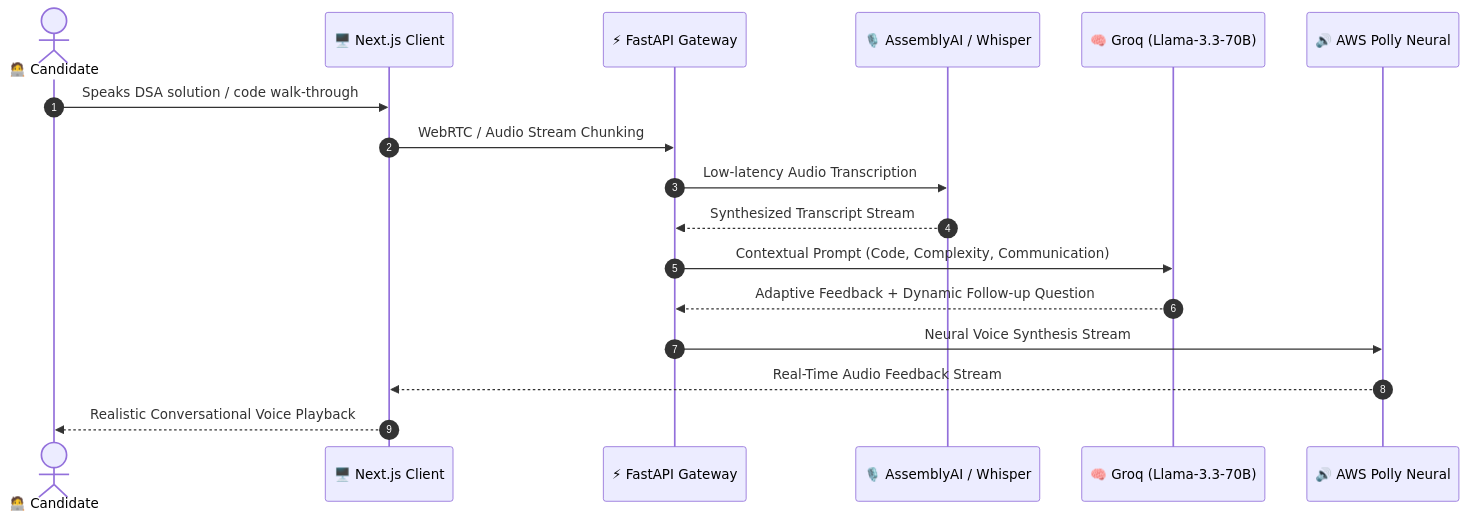
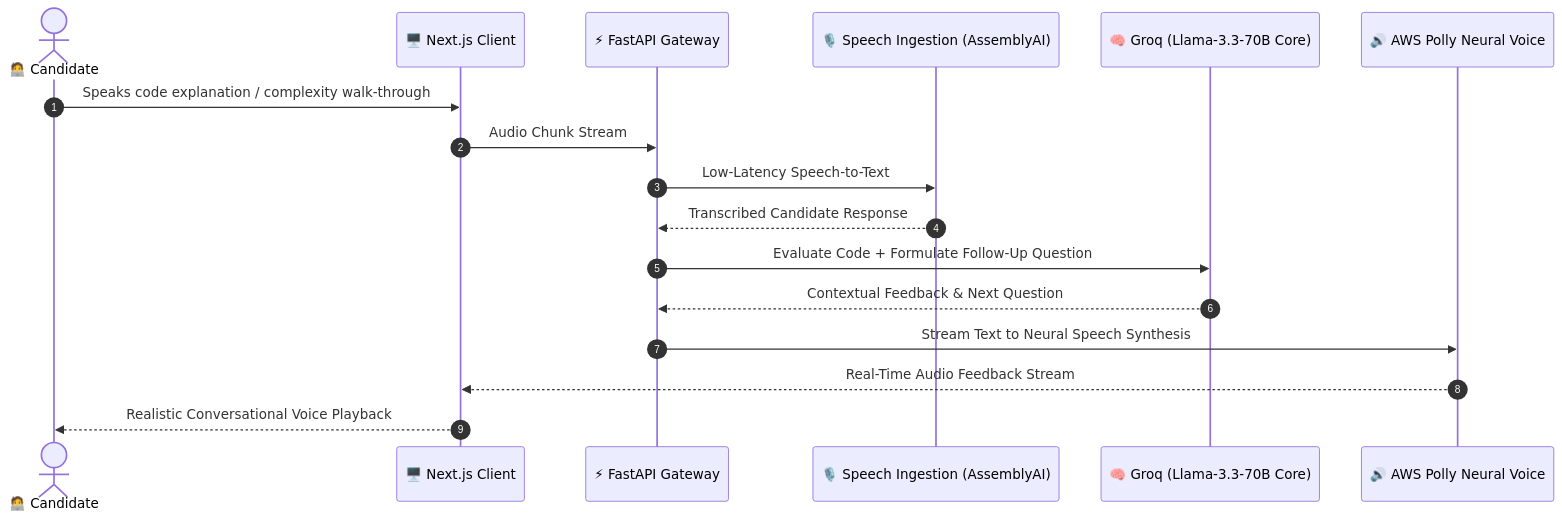
One commit to vjsujal/vjsujal changed the diagram in README.md. Above: the diagram before and after it, drawn with Mermaid. The commit also changed other lines of this file and 3 other files, not shown here.

````diff
--- a/README.md
+++ b/README.md
@@ -85,20 +87,20 @@
 ```mermaid
 sequenceDiagram
     autonumber
     actor Candidate as 🧑‍💻 Candidate
     participant UI as 🖥️ Next.js Client
     participant API as ⚡ FastAPI Gateway
-    participant STT as 🎙️ AssemblyAI / Whisper
-    participant LLM as 🧠 Groq (Llama-3.3-70B)
-    participant TTS as 🔊 AWS Polly Neural
+    participant STT as 🎙️ Speech Ingestion (AssemblyAI)
+    participant LLM as 🧠 Groq (Llama-3.3-70B Core)
+    participant TTS as 🔊 AWS Polly Neural Voice
 
-    Candidate->>UI: Speaks DSA solution / code walk-through
-    UI->>API: WebRTC / Audio Stream Chunking
-    API->>STT: Low-latency Audio Transcription
-    STT-->>API: Synthesized Transcript Stream
-    API->>LLM: Contextual Prompt (Code, Complexity, Communication)
-    LLM-->>API: Adaptive Feedback + Dynamic Follow-up Question
-    API->>TTS: Neural Voice Synthesis Stream
+    Candidate->>UI: Speaks code explanation / complexity walk-through
+    UI->>API: Audio Chunk Stream
+    API->>STT: Low-Latency Speech-to-Text
+    STT-->>API: Transcribed Candidate Response
+    API->>LLM: Evaluate Code + Formulate Follow-Up Question
+    LLM-->>API: Contextual Feedback & Next Question
+    API->>TTS: Stream Text to Neural Speech Synthesis
     TTS-->>UI: Real-Time Audio Feedback Stream
     UI-->>Candidate: Realistic Conversational Voice Playback
 ```
````
